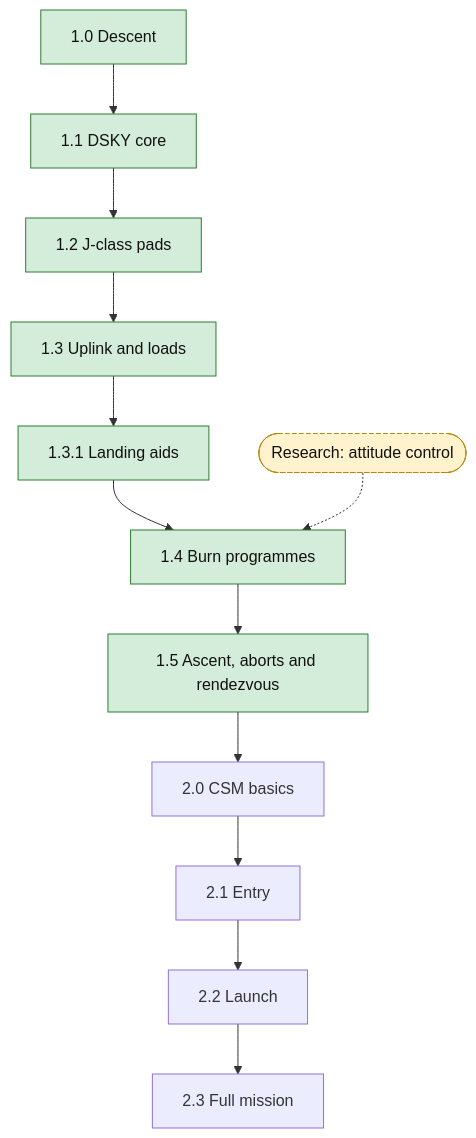
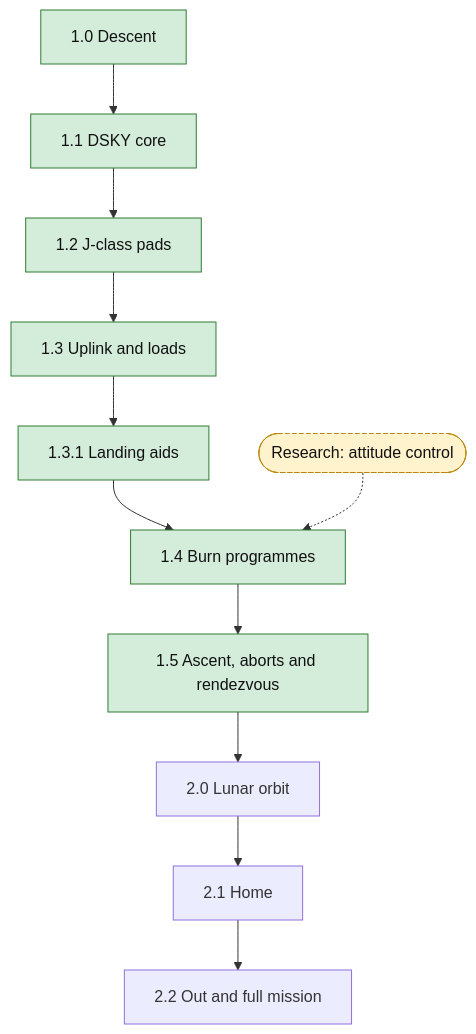
The diagram in ROADMAP.md (EclipticPoyo/apollo-lm-guidance-kos), drawn with Mermaid before and after one commit. The commit also changed other lines of this file, not shown here.

Commit message:
Roadmap: the 2.x releases are Lunar orbit, Home, and Out and full mission

````diff
--- a/ROADMAP.md
+++ b/ROADMAP.md
@@ -40,18 +43,17 @@
 ```mermaid
 flowchart TD
     v10["1.0 Descent"] --> v11["1.1 DSKY core"]
     v11 --> v12["1.2 J-class pads"]
     v12 --> v13["1.3 Uplink and loads"]
     v13 --> v131["1.3.1 Landing aids"]
     v131 --> v14["1.4 Burn programmes"]
     att(["Research: attitude control"]) -.-> v14
     v14 --> v15["1.5 Ascent, aborts and rendezvous"]
-    v15 --> v20["2.0 CSM basics"]
-    v20 --> v21["2.1 Entry"]
-    v21 --> v22["2.2 Launch"]
-    v22 --> v23["2.3 Full mission"]
+    v15 --> v20["2.0 Lunar orbit"]
+    v20 --> v21["2.1 Home"]
+    v21 --> v22["2.2 Out and full mission"]
     classDef done fill:#d4edda,stroke:#2e7d32,color:#111111
     classDef research fill:#fff3cd,stroke:#b8860b,color:#111111,stroke-dasharray:4 3
     class v10,v11,v12,v13,v131,v14,v15 done
     class att research
 ```
````
